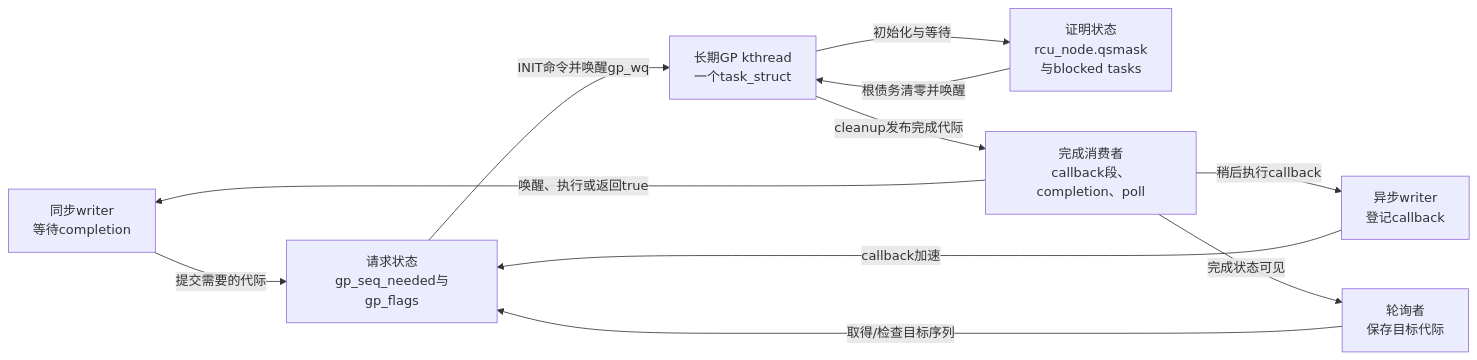
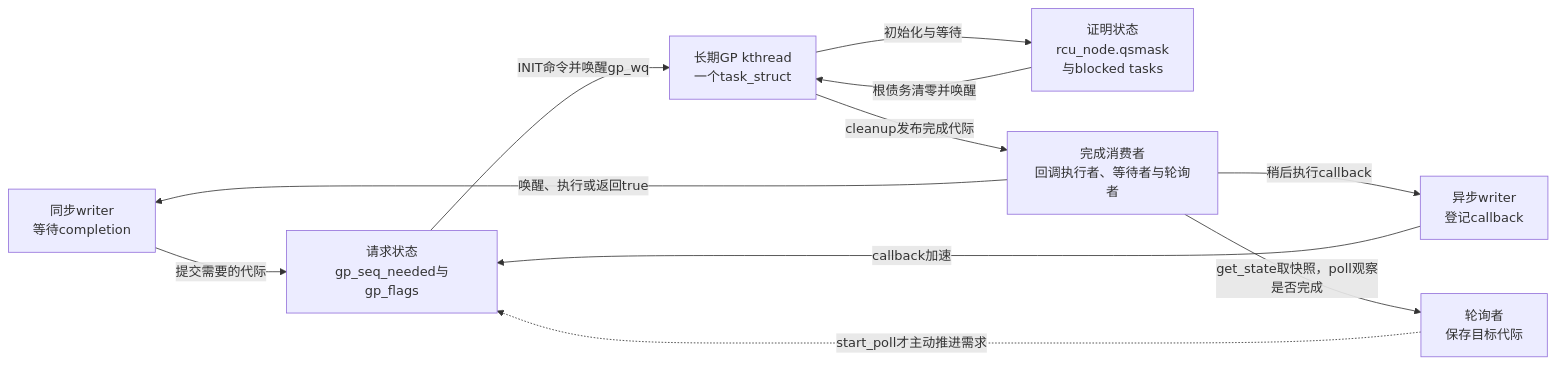
One commit to FormingSystem/linux_note changed the first of 3 diagrams in knowledge/linux/synchronization_and_asynchrony/synchronization/rcu/P08_Tree_RCU_GP请求与全局生命周期.md. Above: the diagram before and after it, drawn with Mermaid. The commit also changed other lines of this file and 7 other files, not shown here.

````diff
--- a/knowledge/linux/synchronization_and_asynchrony/synchronization/rcu/P08_Tree_RCU_GP请求与全局生命周期.md
+++ b/knowledge/linux/synchronization_and_asynchrony/synchronization/rcu/P08_Tree_RCU_GP请求与全局生命周期.md
@@ -77,21 +85,21 @@
 ```mermaid
 flowchart LR
     W0["同步writer<br/>等待completion"]
     W1["异步writer<br/>登记callback"]
     P["轮询者<br/>保存目标代际"]
     Q["请求状态<br/>gp_seq_needed与gp_flags"]
     K["长期GP kthread<br/>一个task_struct"]
     N["证明状态<br/>rcu_node.qsmask<br/>与blocked tasks"]
-    D["完成消费者<br/>callback段、completion、poll"]
+    D["完成消费者<br/>回调执行者、等待者与轮询者"]
 
     W0 -->|"提交需要的代际"| Q
     W1 -->|"callback加速"| Q
-    P -->|"取得/检查目标序列"| Q
+    P -.->|"start_poll才主动推进需求"| Q
     Q -->|"INIT命令并唤醒gp_wq"| K
     K -->|"初始化与等待"| N
     N -->|"根债务清零并唤醒"| K
     K -->|"cleanup发布完成代际"| D
     D -->|"唤醒、执行或返回true"| W0
     D -->|"稍后执行callback"| W1
-    D -->|"完成状态可见"| P
+    D -->|"get_state取快照，poll观察是否完成"| P
 ```
````
